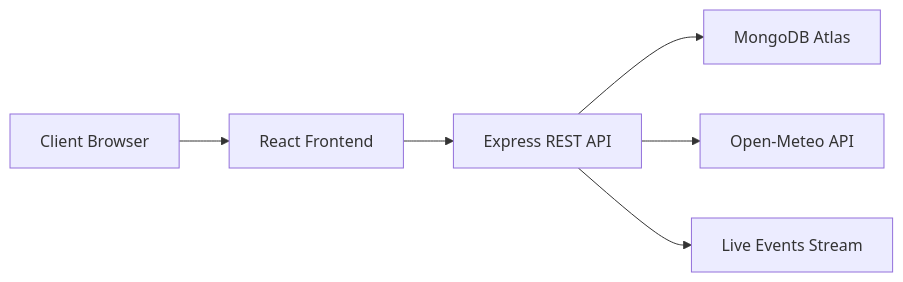
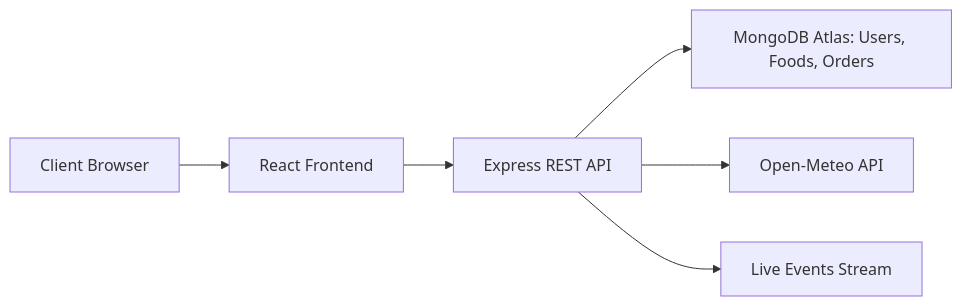
The diagram in README.md (azadalsy/quickbite), drawn with Mermaid before and after one commit. The commit also changed other lines of this file and 5 other files, not shown here.

````diff
--- a/README.md
+++ b/README.md
@@ -26,8 +28,8 @@
 ```mermaid
 flowchart LR
   A["Client Browser"] --> B["React Frontend"]
   B --> C["Express REST API"]
-  C --> D["MongoDB Atlas"]
+  C --> D["MongoDB Atlas: Users, Foods, Orders"]
   C --> E["Open-Meteo API"]
   C --> F["Live Events Stream"]
 ```
````
